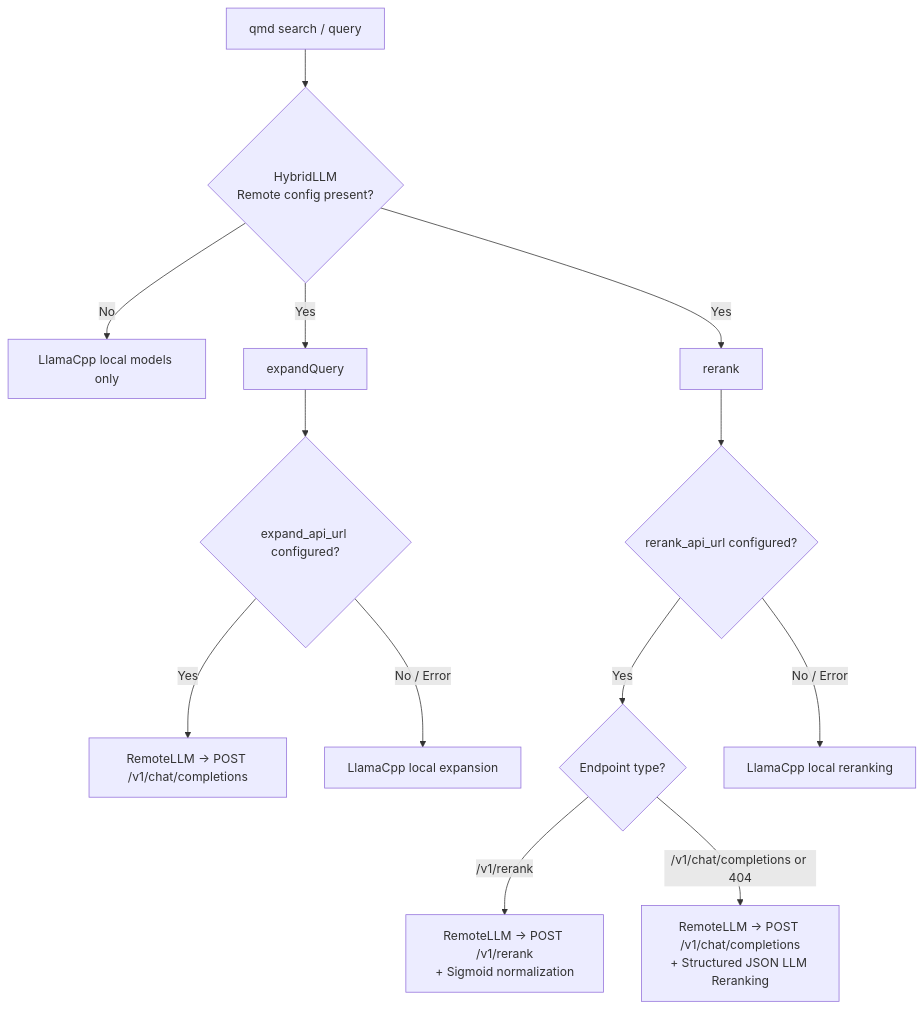
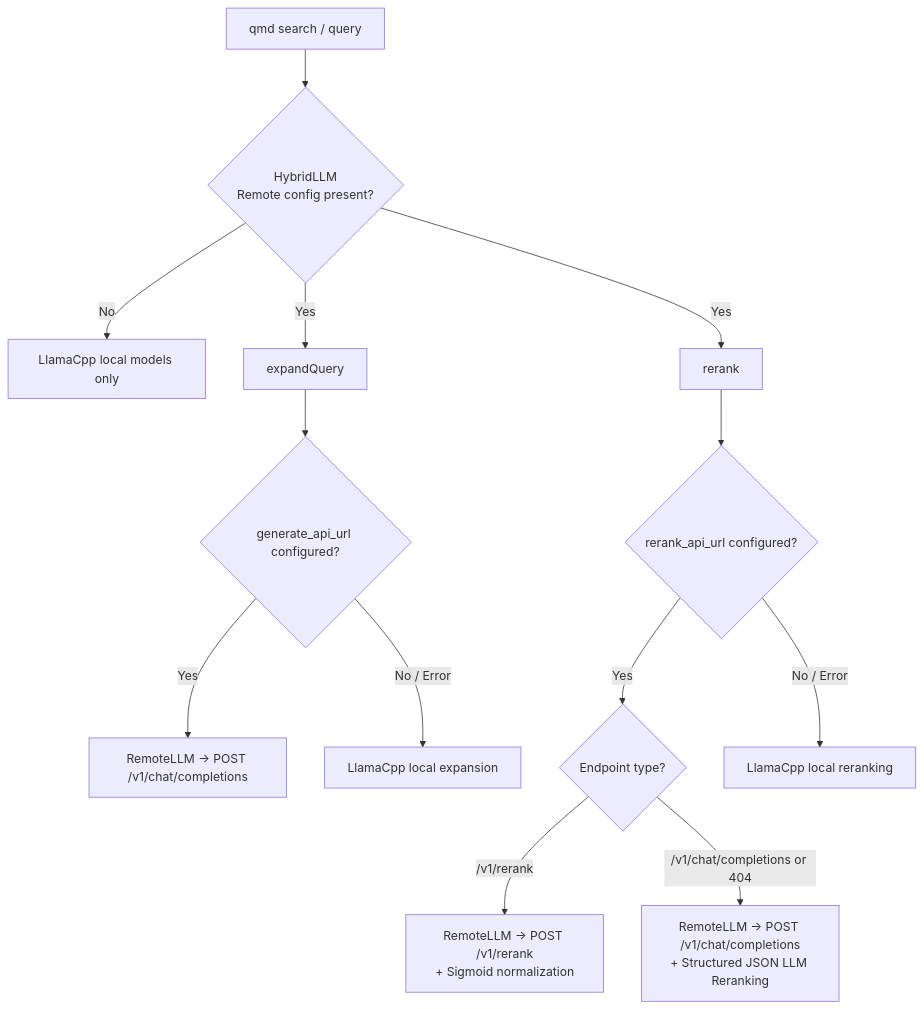
Before and after one commit to wei840222/qmd: the fifth of 5 diagrams in docs/architecture-cjk-openai.md, drawn with Mermaid. The commit also changed 3 other files, not shown here.

Commit message:
refactor(config): remove expand_api_* aliases, standardize completely on generate_api_*

````diff
--- a/docs/architecture-cjk-openai.md
+++ b/docs/architecture-cjk-openai.md
@@ -143,16 +143,16 @@
 ```mermaid
 flowchart TD
     Q[qmd search / query] --> H{HybridLLM<br/>Remote config present?}
     H -->|No| L0[LlamaCpp local models only]
     H -->|Yes| EX[expandQuery] & RK[rerank]
 
-    EX --> EXQ{expand_api_url configured?}
+    EX --> EXQ{generate_api_url configured?}
     EXQ -->|Yes| R1[RemoteLLM -> POST /v1/chat/completions]
     EXQ -->|No / Error| L1[LlamaCpp local expansion]
 
     RK --> RKQ{rerank_api_url configured?}
     RKQ -->|Yes| R2Q{Endpoint type?}
     R2Q -->|/v1/rerank| R2[RemoteLLM -> POST /v1/rerank<br/>+ Sigmoid normalization]
     R2Q -->|/v1/chat/completions or 404| R3[RemoteLLM -> POST /v1/chat/completions<br/>+ Structured JSON LLM Reranking]
     RKQ -->|No / Error| L2[LlamaCpp local reranking]
 ```
````
